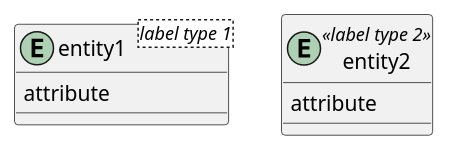
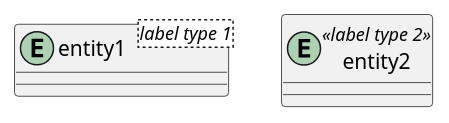
One commit to crsml/plantuml changed the fourth of 16 diagrams in er-diagram-cheat-sheet.md. Above: the diagram before and after it, drawn with PlantUML. The commit also changed other lines of this file, not shown here.

````diff
--- a/er-diagram-cheat-sheet.md
+++ b/er-diagram-cheat-sheet.md
@@ -86,10 +78,8 @@
 ```uml
 @startuml
     entity entity1 <label type 1> {
-        attribute
     }
     entity entity2 <<label type 2>> {
-        attribute
     }
 @enduml
 ```
````
